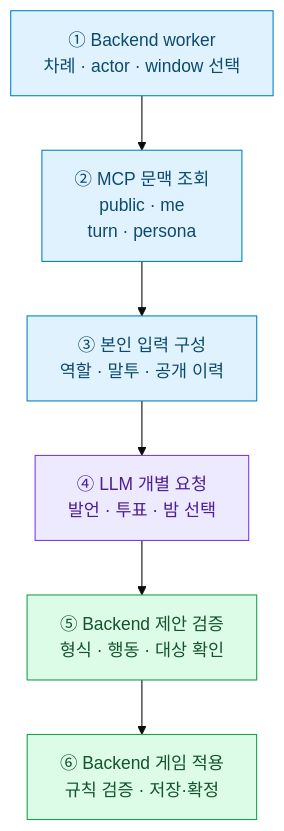
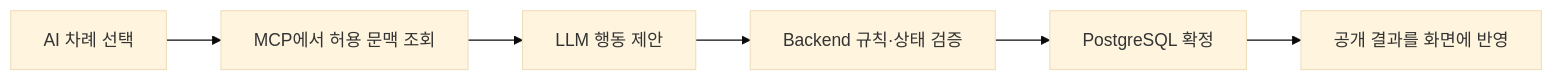
One commit to SHS5029/Team4_Proj_0831 changed the diagram in README.md. Above: the diagram before and after it, drawn with Mermaid (base theme). The commit also changed other lines of this file and 3 other files, not shown here.

````diff
--- a/README.md
+++ b/README.md
@@ -50,16 +137,8 @@
 ```mermaid
-flowchart TD
-    W["① Backend worker<br/>차례 · actor · window 선택"]
-    C["② MCP 문맥 조회<br/>public · me<br/>turn · persona"]
-    I["③ 본인 입력 구성<br/>역할 · 말투 · 공개 이력"]
-    L["④ LLM 개별 요청<br/>발언 · 투표 · 밤 선택"]
-    V["⑤ Backend 제안 검증<br/>형식 · 행동 · 대상 확인"]
-    E["⑥ Backend 게임 적용<br/>규칙 검증 · 저장·확정"]
-    W --> C --> I --> L --> V --> E
-    classDef input fill:#e0f2fe,stroke:#0284c7,color:#0c4a6e
-    classDef decision fill:#ede9fe,stroke:#7c3aed,color:#4c1d95
-    classDef authority fill:#dcfce7,stroke:#16a34a,color:#14532d
-    class W,C,I input
-    class L decision
-    class V,E authority
+flowchart LR
+    A["AI 차례 선택"] --> B["MCP에서 허용 문맥 조회"]
+    B --> C["LLM 행동 제안"]
+    C --> D["Backend 규칙·상태 검증"]
+    D --> E["PostgreSQL 확정"]
+    E --> F["공개 결과를 화면에 반영"]
 ```
````
